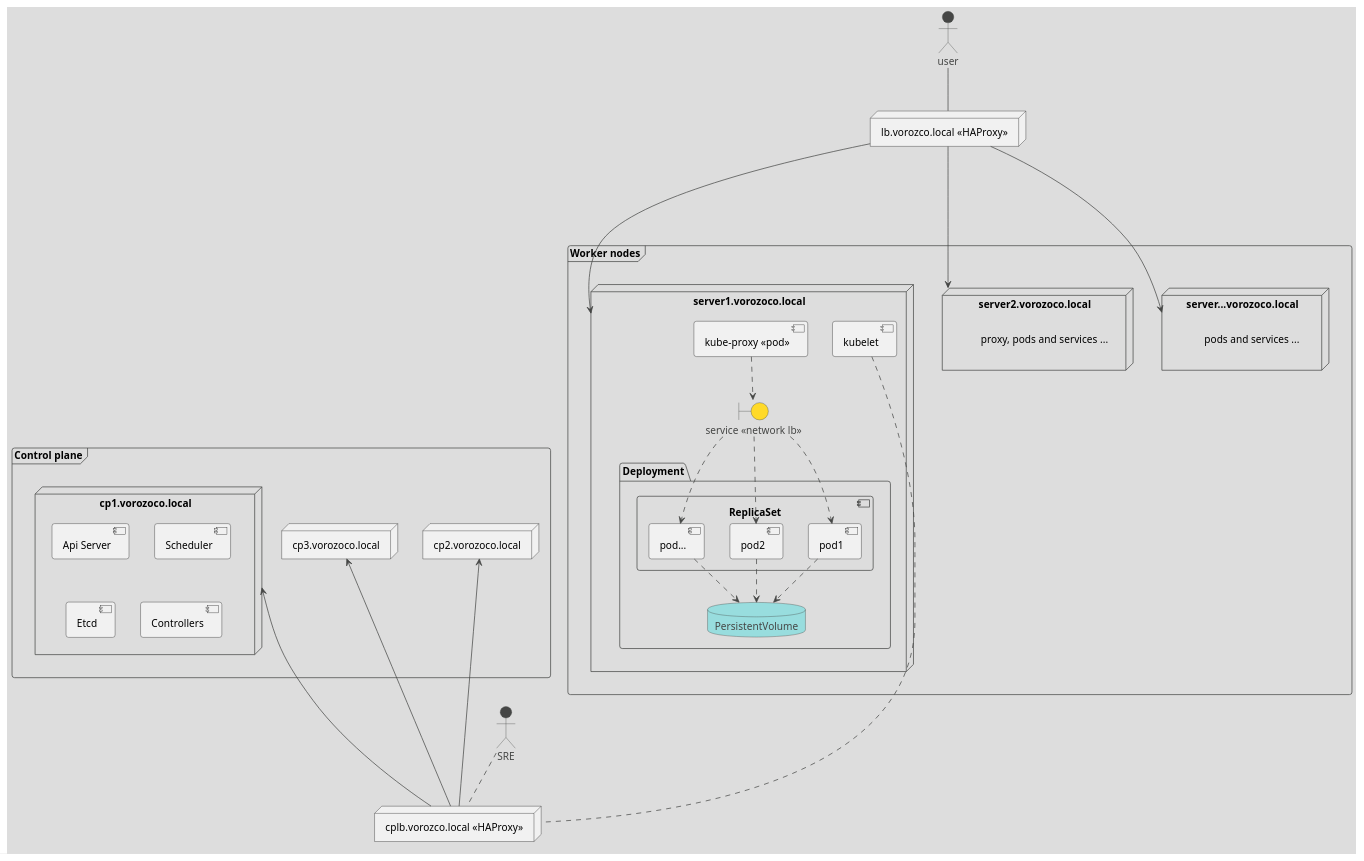
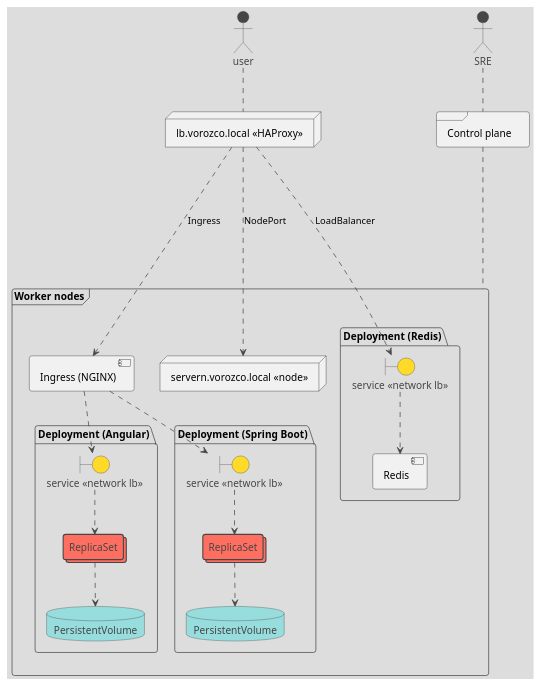
The diagram in diagram.puml (tuxtor/kubernetes-con-dibujitos), drawn with PlantUML before and after one commit.

```diff
--- a/diagram.puml
+++ b/diagram.puml
@@ -1,88 +1,69 @@
 @startuml
 !theme toy
 
 frame workernodes as "Worker nodes"{
-node server1 as "server1.vorozoco.local"{
-
-package Deployment {
+package Deployment as "Deployment (Spring Boot)" {
 
 
-     component rs as "ReplicaSet"{
-    
-        component pod1
-
-        component pod2 
-
-        component pod3 as "pod..."
-
-        
-    }
+    collections rs as "ReplicaSet"
 
     database PersistentVolume as "PersistentVolume"
+
+    boundary service as "service <<network lb>>"
+
 }
 
-boundary service as "service <<network lb>>"
+package Deployment2 as "Deployment (Angular)" {
 
-component kubeproxy1 as "kube-proxy <<pod>>"
 
-component kubelet
+    collections rs2 as "ReplicaSet"
+
+    database PersistentVolume2 as "PersistentVolume"
+
+    boundary service2 as "service <<network lb>>"
+
 }
 
-node server2 as "server2.vorozoco.local"{
-    label "proxy, pods and services ..."
+package Deployment3 as "Deployment (Redis)" {
+
+
+    component Redis
+    boundary service3 as "service <<network lb>>"
+
 }
 
-node servern as "server...vorozoco.local"{
-    label "pods and services ..."
-}
-service ..> pod1
-service ..> pod2
-service ..> pod3
+service ..> rs
+rs ..> PersistentVolume
 
-pod1 ..> PersistentVolume
-pod2 ..> PersistentVolume
-pod3 ..> PersistentVolume
+service2 ..> rs2
+rs2 ..> PersistentVolume2
 
-kubeproxy1 ..> service
+service3 ..> Redis
+
+component Ingress as "Ingress (NGINX)"
+
+Ingress .down.> service
+Ingress .down.> service2
+
+node servern as "servern.vorozco.local <<node>>"
 
 }
 
 
-frame controlplane as "Control plane"{
-    node cp1 as "cp1.vorozoco.local"{
-        component API as "Api Server"
-
-        component Scheduler
-        component Etcd 
-        component "Controllers"
-        
-    }
-
-    node cp2 as "cp2.vorozoco.local"
-
-    node cp3 as "cp3.vorozoco.local"
-}
+frame controlplane as "Control plane"
 
 actor SRE
 
 actor user
 
 node loadbalancer as "lb.vorozco.local <<HAProxy>>"
 
-node cploadbalancer as "cplb.vorozco.local <<HAProxy>>"
+workernodes ..up.. controlplane
+user .. loadbalancer
+SRE .. controlplane
 
+loadbalancer ..down..> Ingress : Ingress
+loadbalancer ..down..> service3 : LoadBalancer
+loadbalancer ..down..> servern : NodePort
 
-kubelet ...... cploadbalancer
-
-SRE .. cploadbalancer
-
-loadbalancer --down--> server1
-loadbalancer --down--> server2
-loadbalancer --down--> servern
-
-cploadbalancer --up--> cp1
-cploadbalancer --up--> cp2
-cploadbalancer --up--> cp3
-
-user -- loadbalancer
 @enduml
```
